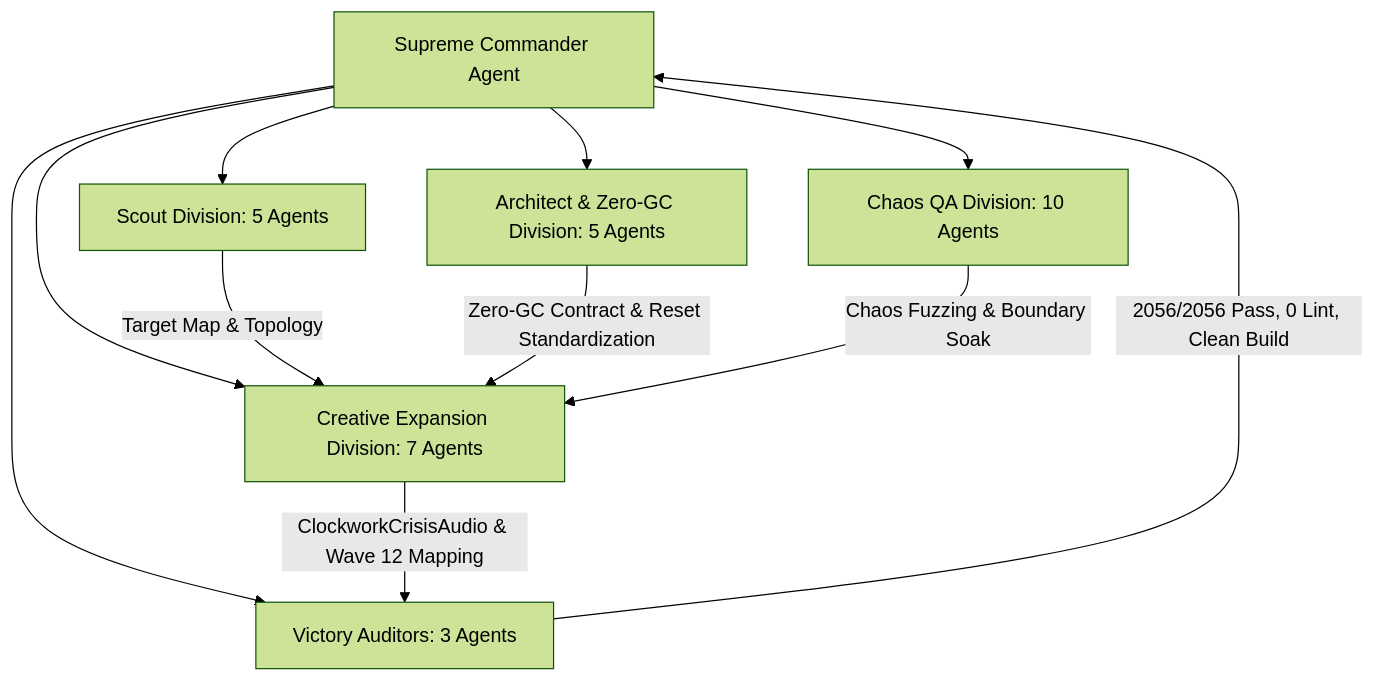
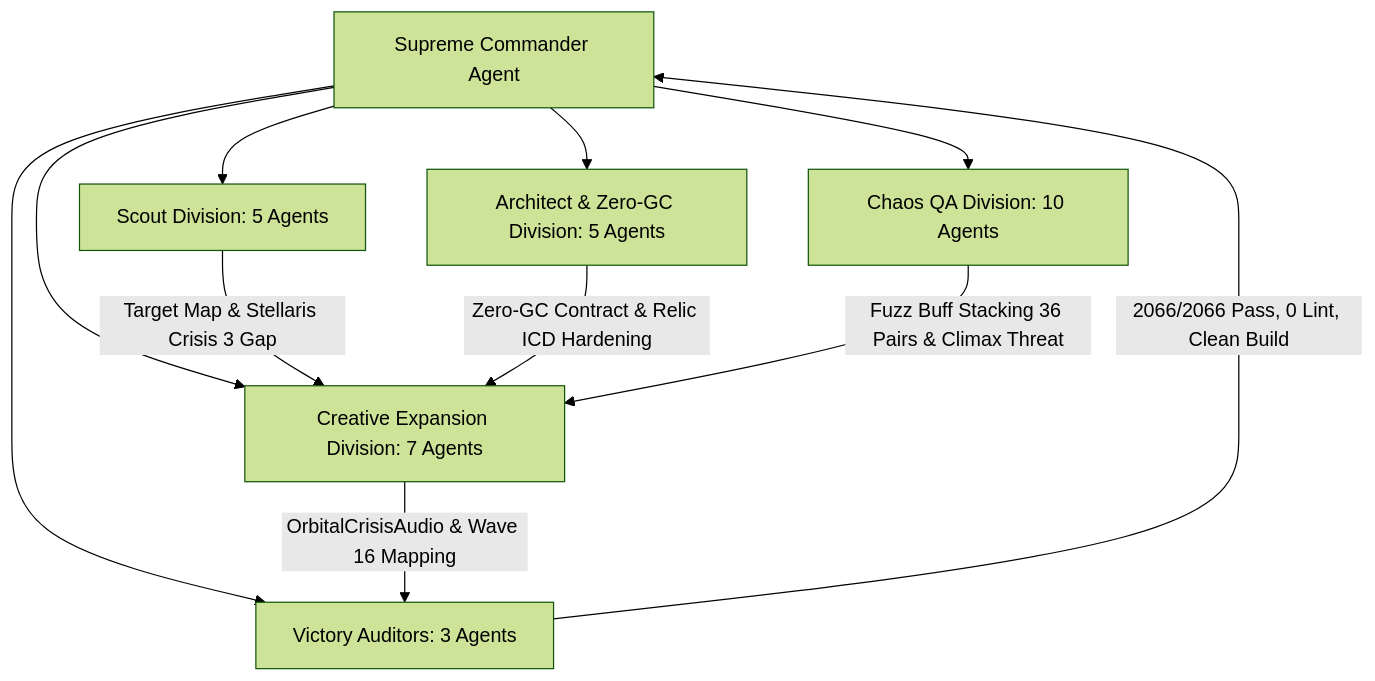
The diagram in DAILY_REPORT.md (LeegwangYeol/bomberman-game), drawn with Mermaid (forest theme) before and after one commit. The commit also changed other lines of this file and 15 other files, not shown here.

````diff
--- a/DAILY_REPORT.md
+++ b/DAILY_REPORT.md
@@ -48,14 +54,14 @@
 ```mermaid
 flowchart TD
     SC[Supreme Commander Agent] --> SD[Scout Division: 5 Agents]
     SC --> AD[Architect & Zero-GC Division: 5 Agents]
     SC --> CQD[Chaos QA Division: 10 Agents]
     SC --> CED[Creative Expansion Division: 7 Agents]
     SC --> VA[Victory Auditors: 3 Agents]
 
-    SD -->|Target Map & Topology| CED
-    AD -->|Zero-GC Contract & Reset Standardization| CED
-    CQD -->|Chaos Fuzzing & Boundary Soak| CED
-    CED -->|ClockworkCrisisAudio & Wave 12 Mapping| VA
-    VA -->|2056/2056 Pass, 0 Lint, Clean Build| SC
+    SD -->|Target Map & Stellaris Crisis 3 Gap| CED
+    AD -->|Zero-GC Contract & Relic ICD Hardening| CED
+    CQD -->|Fuzz Buff Stacking 36 Pairs & Climax Threat| CED
+    CED -->|OrbitalCrisisAudio & Wave 16 Mapping| VA
+    VA -->|2066/2066 Pass, 0 Lint, Clean Build| SC
 ```
````
